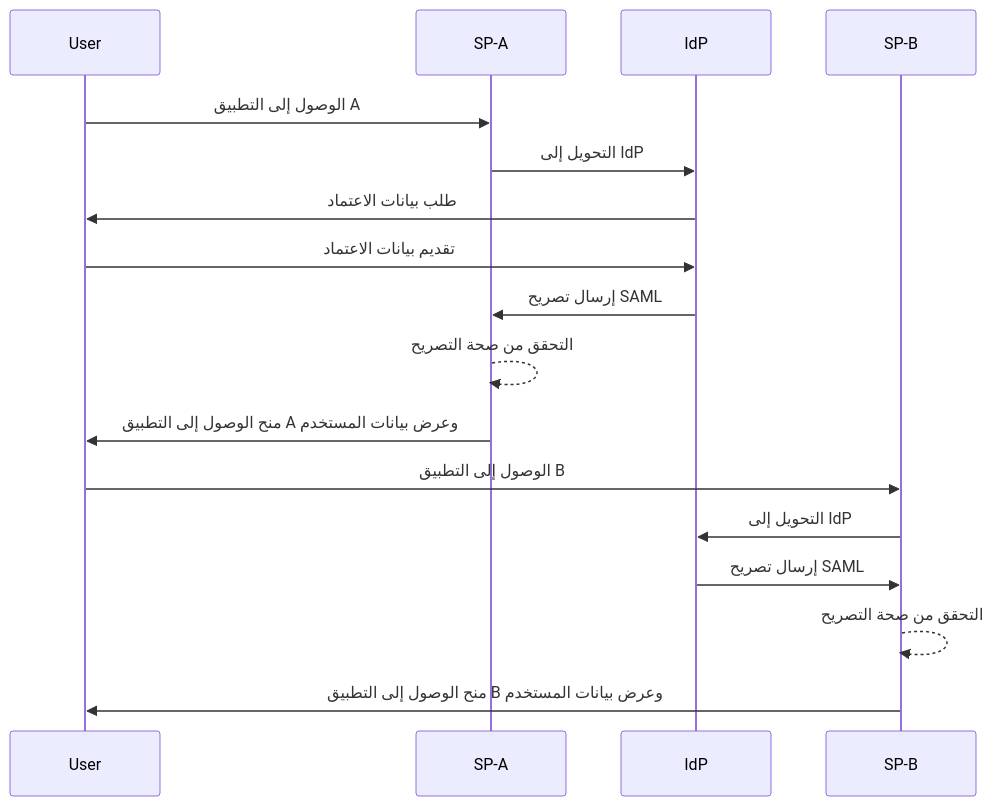
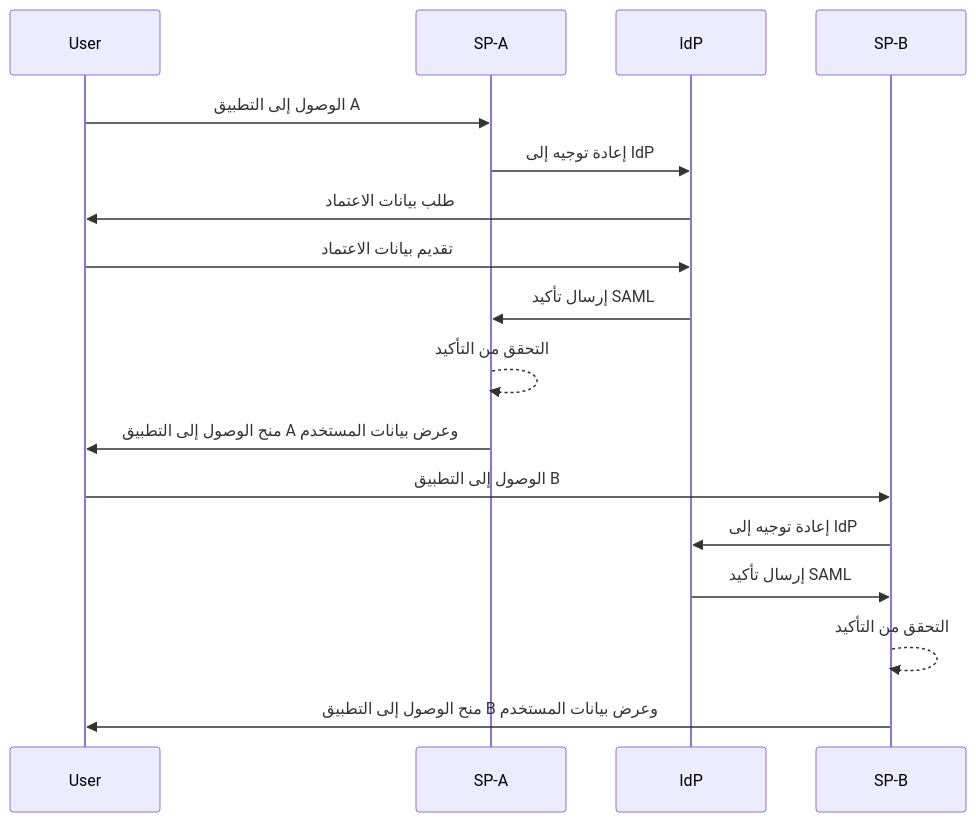
One commit to logto-io/auth-wiki changed the first of 2 diagrams in src/content/terms/ar/single-sign-on.mdx. Above: the diagram before and after it, drawn with Mermaid. The commit also changed other lines of this file and 8 other files, not shown here.

````diff
--- a/src/content/terms/ar/single-sign-on.mdx
+++ b/src/content/terms/ar/single-sign-on.mdx
@@ -29,20 +31,20 @@
 ```mermaid
 sequenceDiagram
     participant User
     participant SP-A
     participant IdP
     participant SP-B
 
     User->>SP-A: الوصول إلى التطبيق A
-    SP-A->>IdP: التحويل إلى IdP
+    SP-A->>IdP: إعادة توجيه إلى IdP
     IdP->>User: طلب بيانات الاعتماد
     User->>IdP: تقديم بيانات الاعتماد
-    IdP->>SP-A: إرسال تصريح SAML
-    SP-A-->>SP-A: التحقق من صحة التصريح
+    IdP->>SP-A: إرسال تأكيد SAML
+    SP-A-->>SP-A: التحقق من التأكيد
     SP-A->>User: منح الوصول إلى التطبيق A وعرض بيانات المستخدم
     User->>SP-B: الوصول إلى التطبيق B
-    SP-B->>IdP: التحويل إلى IdP
-    IdP->>SP-B: إرسال تصريح SAML
-    SP-B-->>SP-B: التحقق من صحة التصريح
+    SP-B->>IdP: إعادة توجيه إلى IdP
+    IdP->>SP-B: إرسال تأكيد SAML
+    SP-B-->>SP-B: التحقق من التأكيد
     SP-B->>User: منح الوصول إلى التطبيق B وعرض بيانات المستخدم
 ```
````
